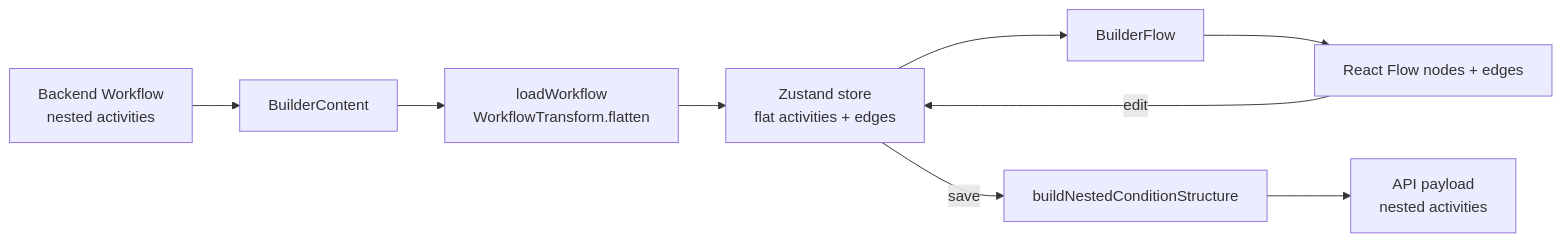
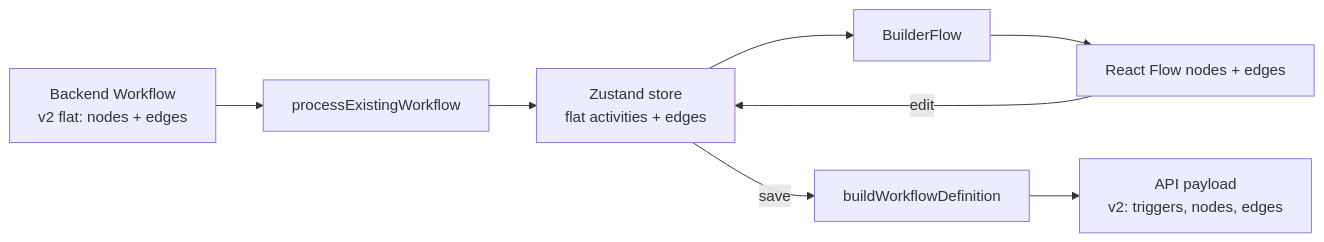
The third of 18 diagrams in docs/architecture.md (alinabuzachis/syntara), drawn with Mermaid before and after one commit. The commit also changed other lines of this file and 6 other files, not shown here.

First line of the commit message:
chore(docs): update and simplify all docs for v2 workflow schema (#533)

````diff
--- a/docs/architecture.md
+++ b/docs/architecture.md
@@ -156,12 +157,11 @@
 ```mermaid
 flowchart LR
-  A[Backend Workflow<br/>nested activities] --> B[BuilderContent]
-  B --> C[loadWorkflow<br/>WorkflowTransform.flatten]
-  C --> D[Zustand store<br/>flat activities + edges]
-  D --> E[BuilderFlow]
-  E --> F[React Flow nodes + edges]
+  A[Backend Workflow<br/>v2 flat: nodes + edges] --> B[processExistingWorkflow]
+  B --> C[Zustand store<br/>flat activities + edges]
+  C --> D[BuilderFlow]
+  D --> E[React Flow nodes + edges]
 
-  F -->|edit| D
-  D -->|save| G[buildNestedConditionStructure]
-  G --> H[API payload<br/>nested activities]
+  E -->|edit| C
+  C -->|save| F[buildWorkflowDefinition]
+  F --> G["API payload<br/>v2: triggers, nodes, edges"]
 ```
````
